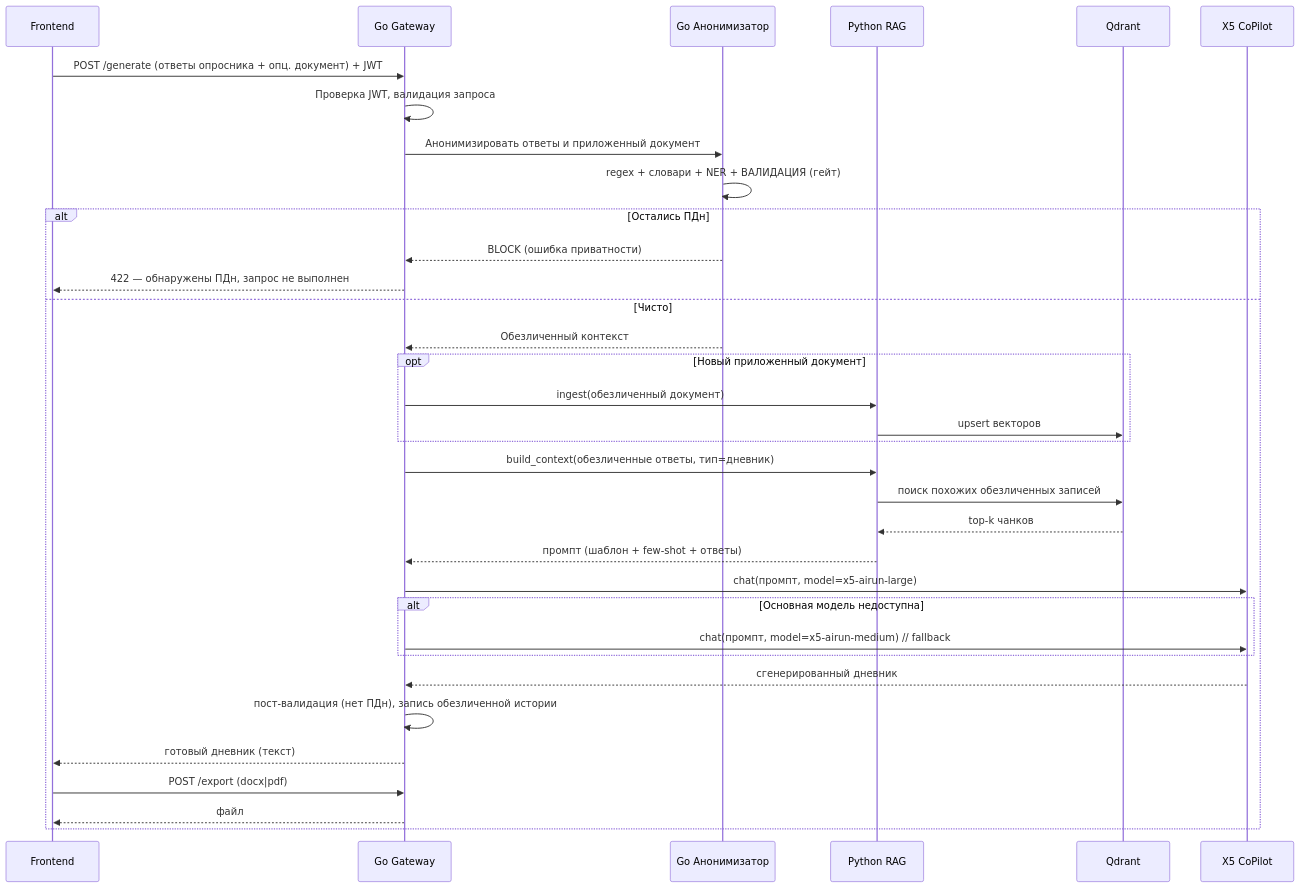
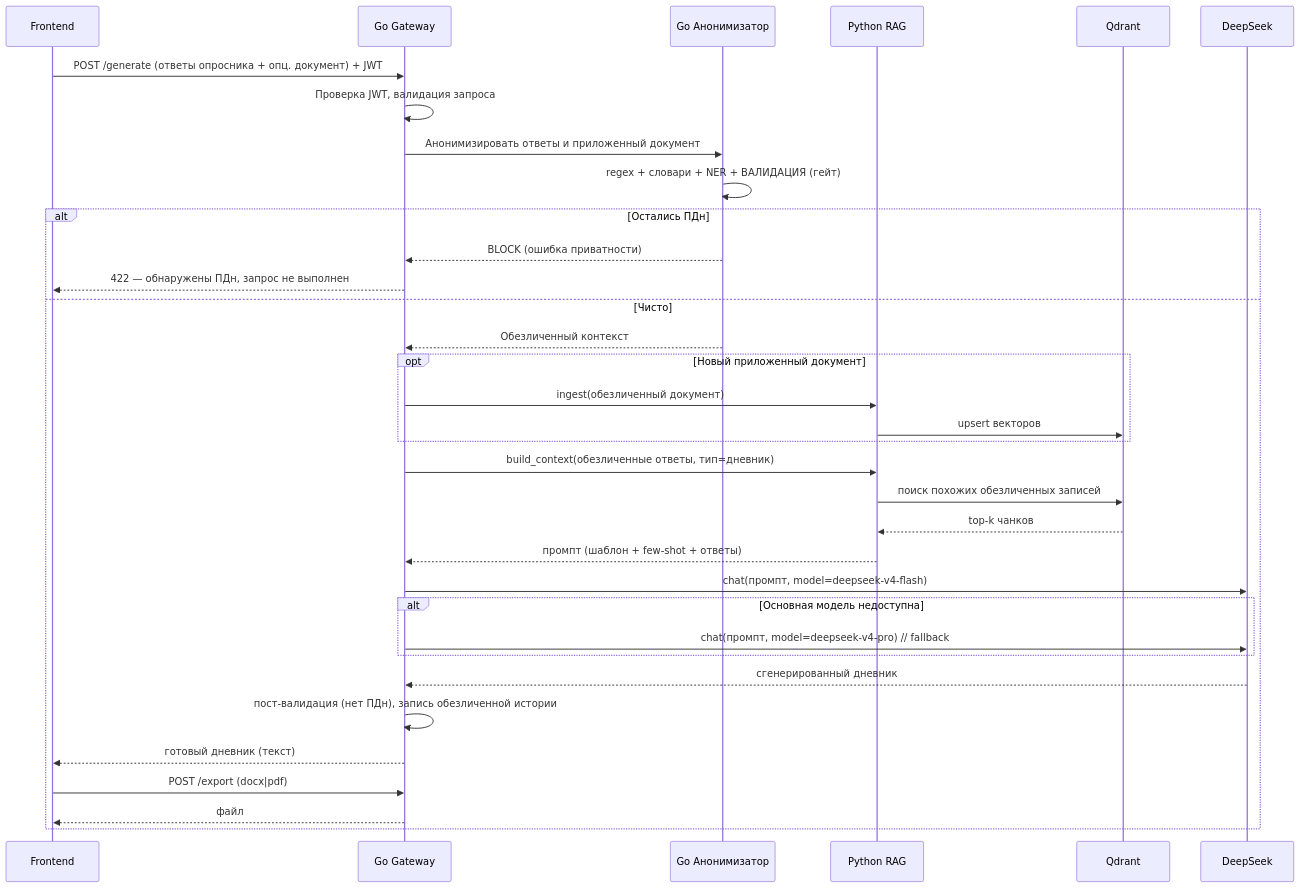
Before and after one commit to kemberl1/psynote: the third of 5 diagrams in docs/02_system_architecture.md, drawn with Mermaid. The commit also changed other lines of this file and 27 other files, not shown here.

First line of the commit message:
feat: переключить LLM на DeepSeek вместо X5/Gemini

````diff
--- a/docs/02_system_architecture.md
+++ b/docs/02_system_architecture.md
@@ -82,37 +82,37 @@
 ```mermaid
 sequenceDiagram
     participant FE as Frontend
     participant GW as Go Gateway
     participant AN as Go Анонимизатор
     participant RAG as Python RAG
     participant QD as Qdrant
-    participant LLM as X5 CoPilot
+    participant LLM as DeepSeek
 
     FE->>GW: POST /generate (ответы опросника + опц. документ) + JWT
     GW->>GW: Проверка JWT, валидация запроса
     GW->>AN: Анонимизировать ответы и приложенный документ
     AN->>AN: regex + словари + NER + ВАЛИДАЦИЯ (гейт)
     alt Остались ПДн
         AN-->>GW: BLOCK (ошибка приватности)
         GW-->>FE: 422 — обнаружены ПДн, запрос не выполнен
     else Чисто
         AN-->>GW: Обезличенный контекст
         opt Новый приложенный документ
             GW->>RAG: ingest(обезличенный документ)
             RAG->>QD: upsert векторов
         end
         GW->>RAG: build_context(обезличенные ответы, тип=дневник)
         RAG->>QD: поиск похожих обезличенных записей
         QD-->>RAG: top-k чанков
         RAG-->>GW: промпт (шаблон + few-shot + ответы)
-        GW->>LLM: chat(промпт, model=x5-airun-large)
+        GW->>LLM: chat(промпт, model=deepseek-v4-flash)
         alt Основная модель недоступна
-            GW->>LLM: chat(промпт, model=x5-airun-medium)  // fallback
+            GW->>LLM: chat(промпт, model=deepseek-v4-pro)  // fallback
         end
         LLM-->>GW: сгенерированный дневник
         GW->>GW: пост-валидация (нет ПДн), запись обезличенной истории
         GW-->>FE: готовый дневник (текст)
         FE->>GW: POST /export (docx|pdf)
         GW-->>FE: файл
     end
 ```
````
